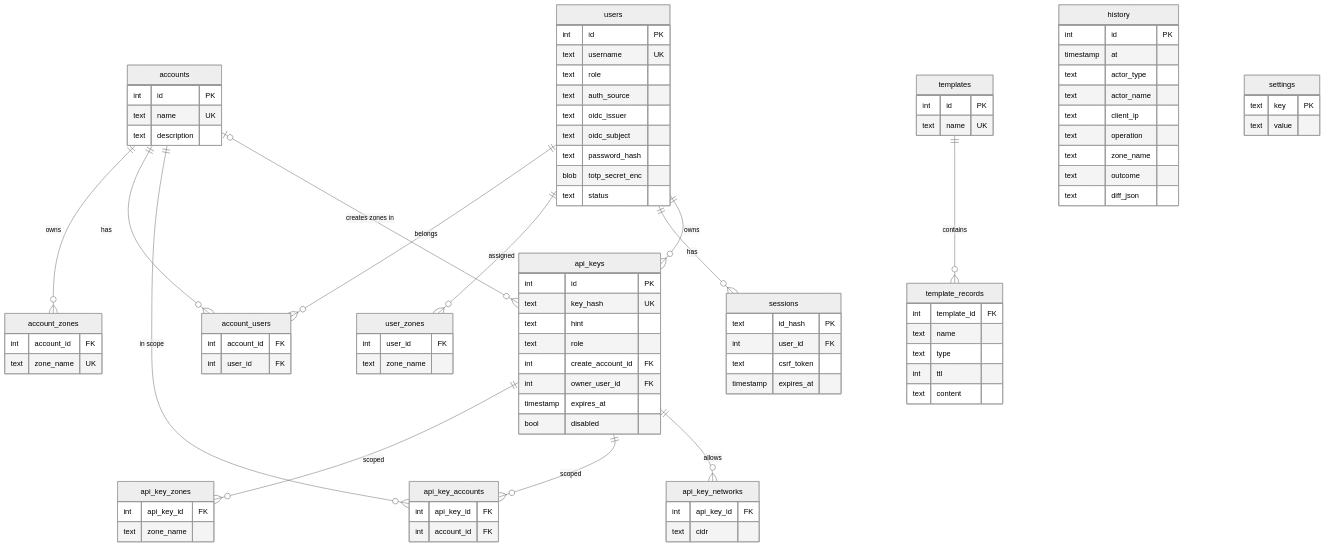
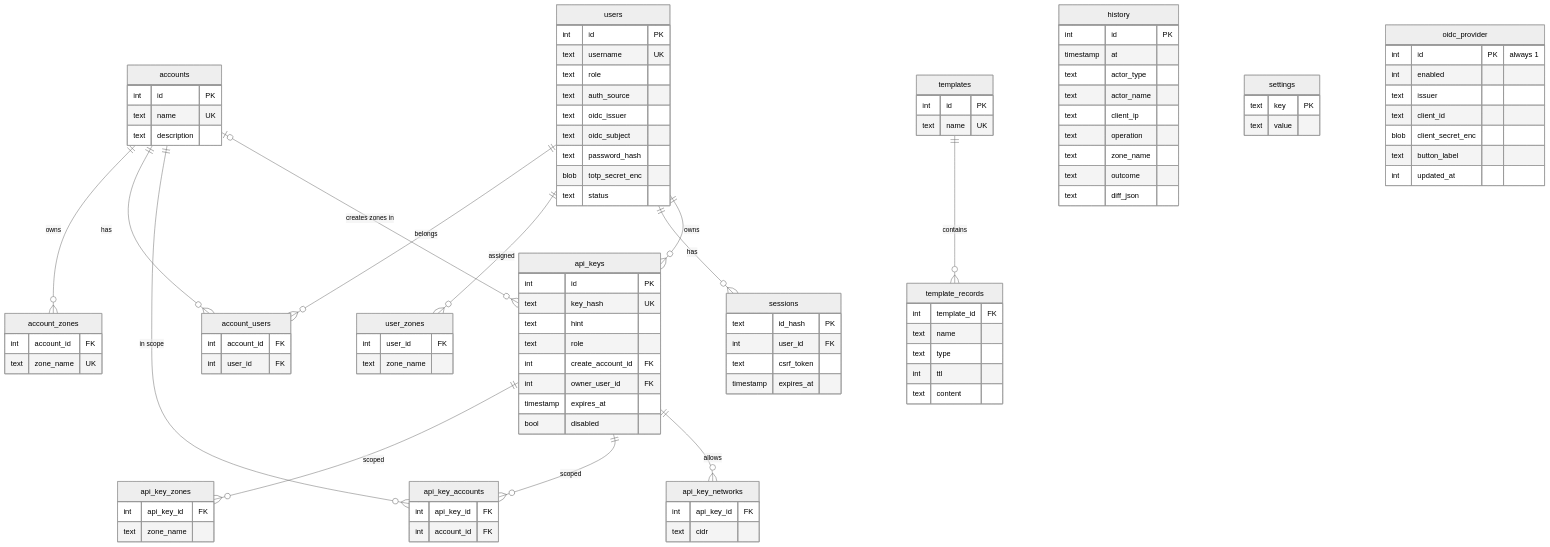
Before and after one commit to invite-networks/soabox: the diagram in docs/uml/data-model.md, drawn with Mermaid (neutral theme). The commit also changed other lines of this file and 36 other files, not shown here.

````diff
--- a/docs/uml/data-model.md
+++ b/docs/uml/data-model.md
@@ -99,4 +99,13 @@
         text key PK
         text value
     }
+    oidc_provider {
+        int id PK "always 1"
+        int enabled
+        text issuer
+        text client_id
+        blob client_secret_enc
+        text button_label
+        int updated_at
+    }
 ```
````
